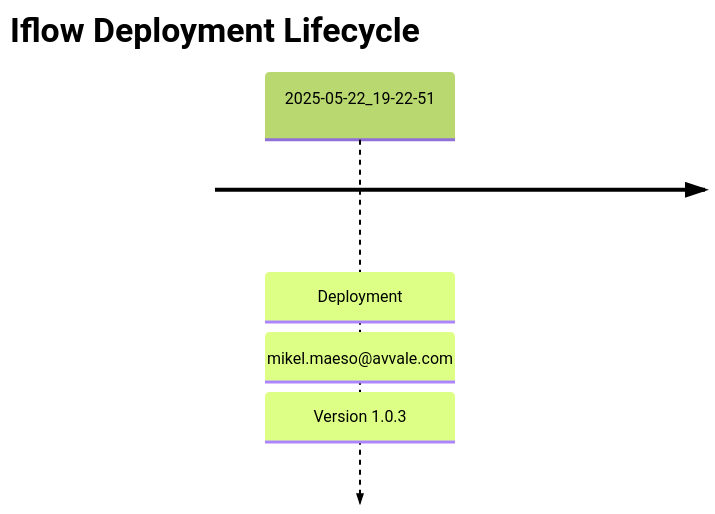
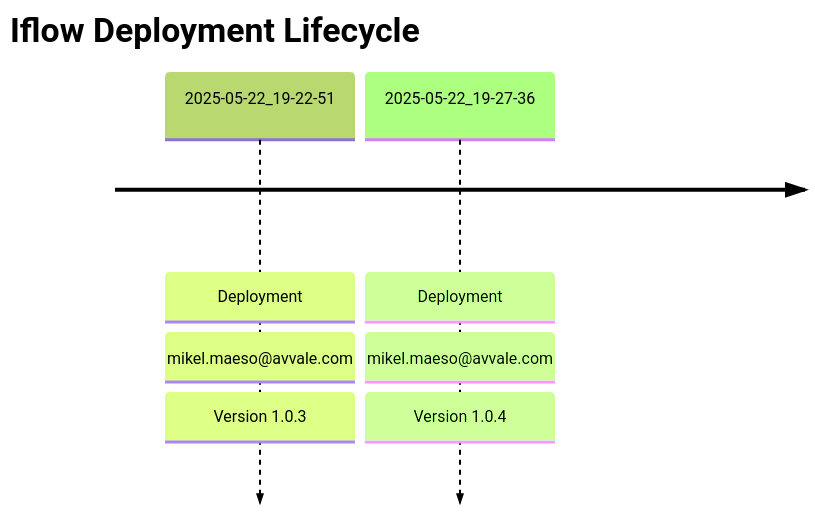
One commit to Avvale-IA-CICD/AvvaleCPI changed the diagram in MMZ - Cell Iflows/Check_Connectivity_from_SAP_Business_Suite_MMZ/README.md. Above: the diagram before and after it, drawn with Mermaid. The commit also changed other lines of this file, not shown here.

Commit message:
docs: Update master README for MMZ - Cell Iflows/Check_Connectivity_from_SAP_Business_Suite_MMZ (v 1.0.4)

````diff
--- a/MMZ - Cell Iflows/Check_Connectivity_from_SAP_Business_Suite_MMZ/README.md
+++ b/MMZ - Cell Iflows/Check_Connectivity_from_SAP_Business_Suite_MMZ/README.md
@@ -7,6 +7,7 @@
 ```mermaid
 %%{init: { 'logLevel': 'debug', 'theme': 'forest' } }%%
 timeline
     title Iflow Deployment Lifecycle
     2025-05-22_19-22-51 : Deployment : mikel.maeso@avvale.com : Version 1.0.3
+    2025-05-22_19-27-36 : Deployment : mikel.maeso@avvale.com : Version 1.0.4
 ```
````
